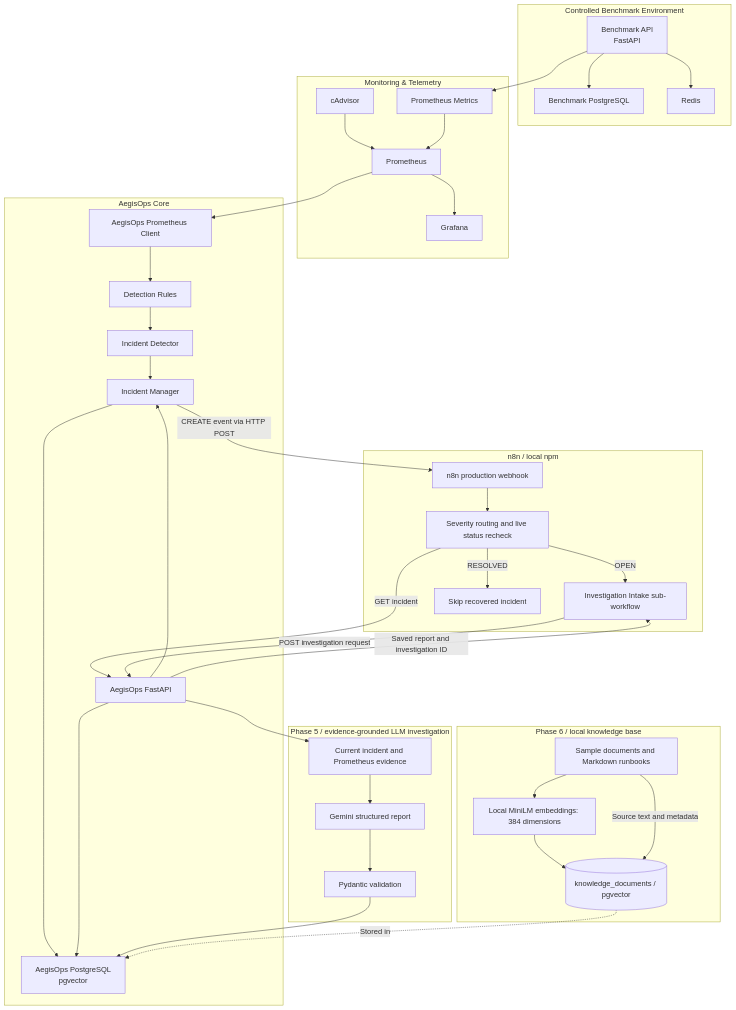
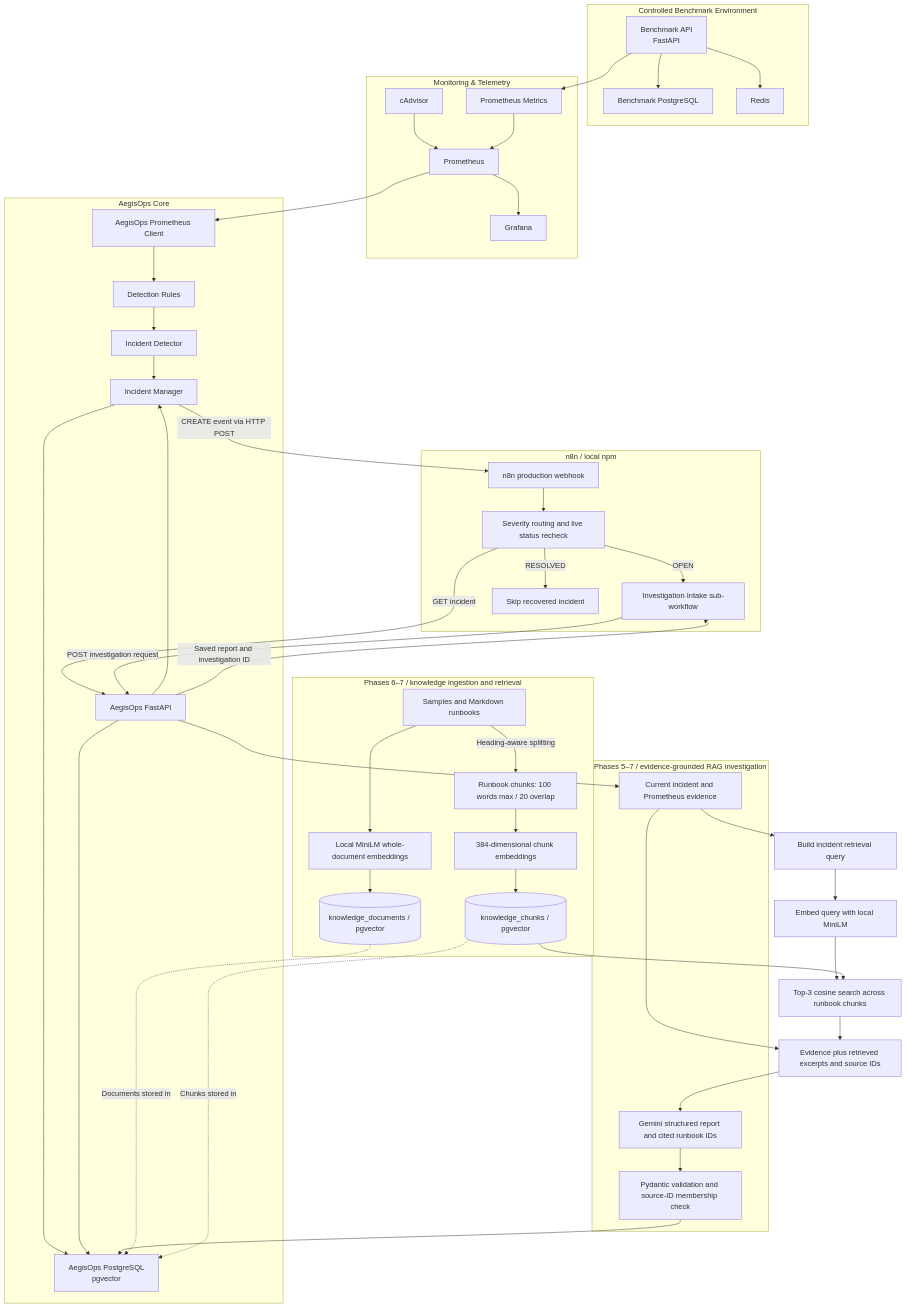
The diagram in README.md (ushalabs/AegisOps), drawn with Mermaid before and after one commit. The commit also changed other lines of this file and 10 other files, not shown here.

Commit message:
Phase 7: RAG Pipeline

```diff
--- a/README.md
+++ b/README.md
@@ -37,20 +37,32 @@
     P -->|GET incident| M
     Q -->|POST investigation request| M
     M --> S[Current incident and Prometheus evidence]
-    S --> T[Gemini structured report]
-    T --> U[Pydantic validation]
+    S --> RQ[Build incident retrieval query]
+    RQ --> RE[Embed query with local MiniLM]
+    RE --> RS[Top-3 cosine search across runbook chunks]
+    RS --> RC[Evidence plus retrieved excerpts and source IDs]
+    S --> RC
+    RC --> T[Gemini structured report and cited runbook IDs]
+    T --> U[Pydantic validation and source-ID membership check]
     U --> L
     M -->|Saved report and investigation ID| Q
 
-    V[Sample documents and Markdown runbooks] --> W[Local MiniLM embeddings: 384 dimensions]
+    V[Samples and Markdown runbooks] --> W[Local MiniLM whole-document embeddings]
     W --> X[(knowledge_documents / pgvector)]
-    V -->|Source text and metadata| X
-    X -.Stored in.-> L
+    V -->|Heading-aware splitting| Z[Runbook chunks: 100 words max / 20 overlap]
+    Z --> Y[384-dimensional chunk embeddings]
+    Y --> KC[(knowledge_chunks / pgvector)]
+    X -.Documents stored in.-> L
+    KC -.Chunks stored in.-> L
+    KC --> RS
 
-    subgraph Knowledge["Phase 6 / local knowledge base"]
+    subgraph Knowledge["Phases 6–7 / knowledge ingestion and retrieval"]
         V
         W
         X
+        Z
+        Y
+        KC
     end
 
     subgraph Benchmark["Controlled Benchmark Environment"]
@@ -73,7 +85,7 @@
         R
     end
 
-    subgraph Investigation["Phase 5 / evidence-grounded LLM investigation"]
+    subgraph Investigation["Phases 5–7 / evidence-grounded RAG investigation"]
         S
         T
         U
```
